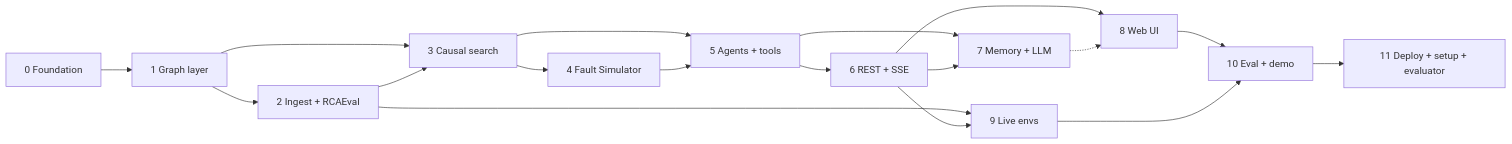
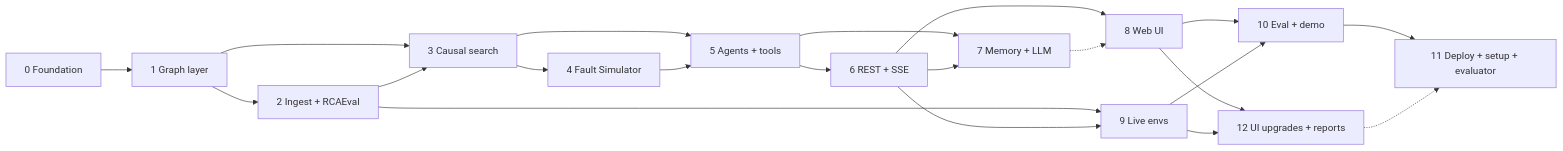
The diagram in docs/phases/README.md (Prateek1771/epicenter), drawn with Mermaid before and after one commit. The commit also changed other lines of this file and 68 other files, not shown here.

````diff
--- a/docs/phases/README.md
+++ b/docs/phases/README.md
@@ -27,19 +28,21 @@
 ```mermaid
 flowchart LR
     P0[0 Foundation] --> P1[1 Graph layer]
     P1 --> P2[2 Ingest + RCAEval]
     P1 --> P3[3 Causal search]
     P2 --> P3
     P3 --> P4[4 Fault Simulator]
     P3 --> P5[5 Agents + tools]
     P4 --> P5
     P5 --> P6[6 REST + SSE]
     P5 --> P7[7 Memory + LLM]
     P6 --> P7
     P6 --> P8[8 Web UI]
     P7 -.-> P8
     P2 --> P9[9 Live envs]
     P6 --> P9
     P8 & P9 --> P10[10 Eval + demo]
     P10 --> P11[11 Deploy + setup + evaluator]
+    P8 & P9 --> P12[12 UI upgrades + reports]
+    P12 -.-> P11
 ```
````
